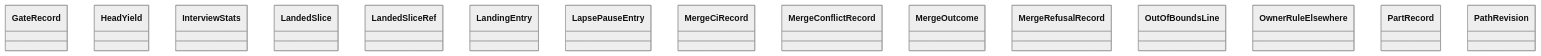
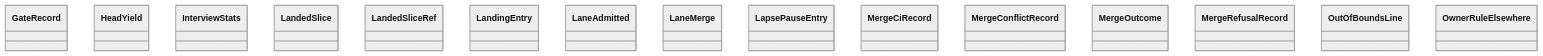
The diagram in docs/architecture/generated/classes-process-domain-state-5.md (GonzaloZevallos/agentic-system), drawn with Mermaid (neutral theme) before and after one commit. The commit also changed 4 other files, not shown here.

Commit message:
Regenerate the architecture pages and list lane_recorded among the landing's scalar keys

````diff
--- a/docs/architecture/generated/classes-process-domain-state-5.md
+++ b/docs/architecture/generated/classes-process-domain-state-5.md
@@ -26,18 +26,18 @@
 ```mermaid
 classDiagram
     class task__GateRecord["GateRecord"]
     class task__HeadYield["HeadYield"]
     class task__InterviewStats["InterviewStats"]
     class task__LandedSlice["LandedSlice"]
     class task__LandedSliceRef["LandedSliceRef"]
     class task__LandingEntry["LandingEntry"]
+    class task__LaneAdmitted["LaneAdmitted"]
+    class task__LaneMerge["LaneMerge"]
     class task__LapsePauseEntry["LapsePauseEntry"]
     class task__MergeCiRecord["MergeCiRecord"]
     class task__MergeConflictRecord["MergeConflictRecord"]
     class task__MergeOutcome["MergeOutcome"]
     class task__MergeRefusalRecord["MergeRefusalRecord"]
     class task__OutOfBoundsLine["OutOfBoundsLine"]
     class task__OwnerRuleElsewhere["OwnerRuleElsewhere"]
-    class task__PartRecord["PartRecord"]
-    class task__PathRevision["PathRevision"]
 ```
````
